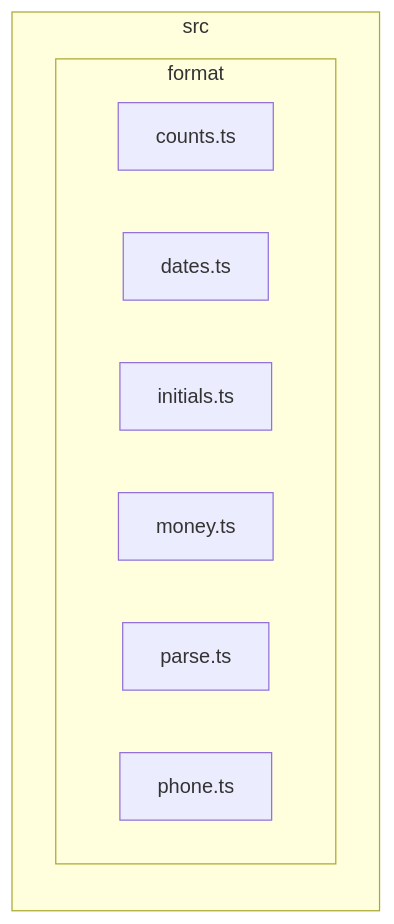
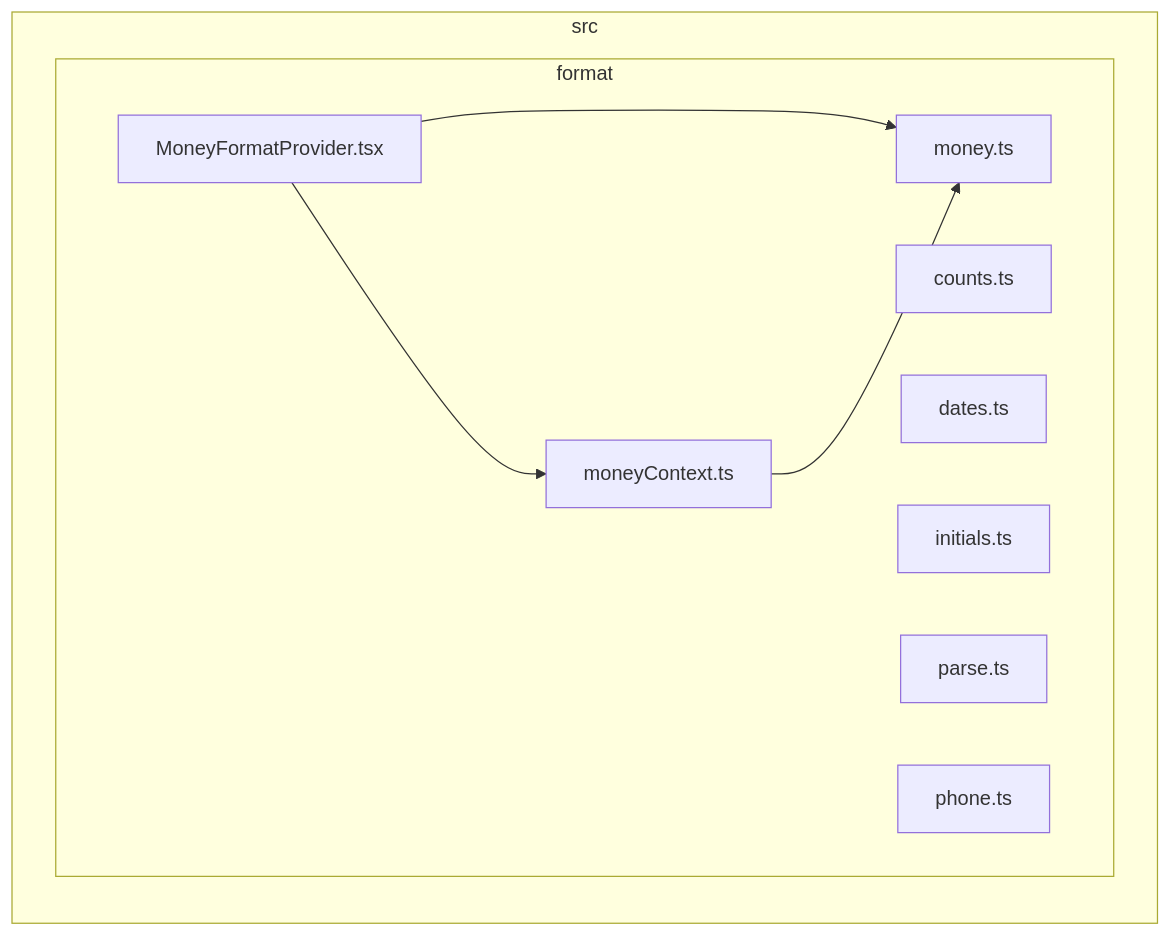
One commit to GonzaloZevallos/apostrophe changed the diagram in docs/architecture/generated/front-modules/format.md. Above: the diagram before and after it, drawn with Mermaid.

Commit message:
Regenerate the front module docs for the money context and provider

````diff
--- a/docs/architecture/generated/front-modules/format.md
+++ b/docs/architecture/generated/front-modules/format.md
@@ -7,13 +7,18 @@
 ```mermaid
 flowchart LR
 subgraph src["src"]
   subgraph src_format["format"]
+    src_format_MoneyFormatProvider_tsx["MoneyFormatProvider.tsx"]
     src_format_counts_ts["counts.ts"]
     src_format_dates_ts["dates.ts"]
     src_format_initials_ts["initials.ts"]
+    src_format_moneyContext_ts["moneyContext.ts"]
     src_format_money_ts["money.ts"]
     src_format_parse_ts["parse.ts"]
     src_format_phone_ts["phone.ts"]
   end
 end
+src_format_MoneyFormatProvider_tsx-->src_format_moneyContext_ts
+src_format_MoneyFormatProvider_tsx-->src_format_money_ts
+src_format_moneyContext_ts-->src_format_money_ts
 ```
````
